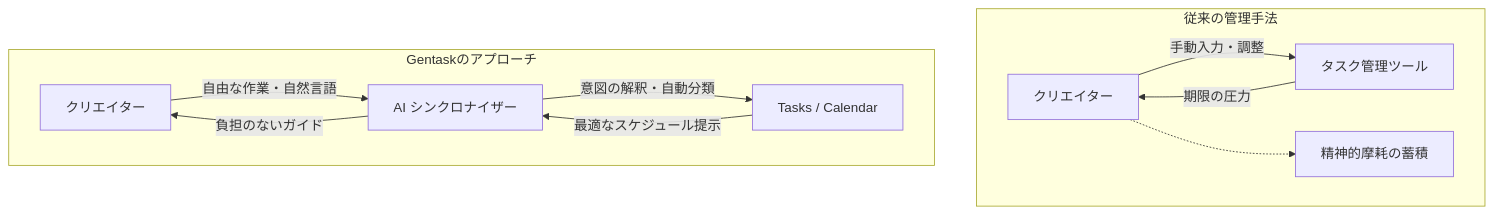
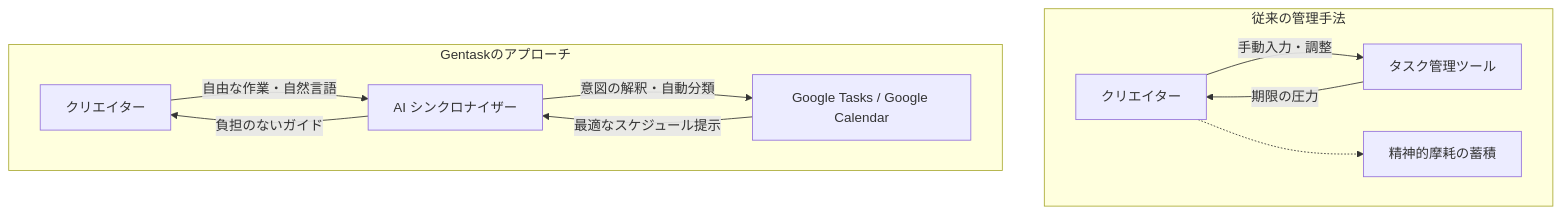
The diagram in docs/01_project_concept.md (hiroxpepe/gentask), drawn with Mermaid before and after one commit. The commit also changed other lines of this file and 14 other files, not shown here.

Commit message:
docs: remove M365, rewrite all docs for Google-only architecture

````diff
--- a/docs/01_project_concept.md
+++ b/docs/01_project_concept.md
@@ -12,16 +11,16 @@
 ```mermaid
 graph TD
     subgraph 従来の管理手法
         A1[クリエイター] -->|手動入力・調整| B1[タスク管理ツール]
         B1 -->|期限の圧力| A1
         C1[精神的摩耗の蓄積]
         A1 -.-> C1
     end
 
     subgraph Gentaskのアプローチ
         A2[クリエイター] -->|自由な作業・自然言語| B2[AI シンクロナイザー]
-        B2 -->|意図の解釈・自動分類| C2[Tasks / Calendar]
+        B2 -->|意図の解釈・自動分類| C2[Google Tasks / Google Calendar]
         C2 -->|最適なスケジュール提示| B2
         B2 -->|負担のないガイド| A2
     end
 ```
````
